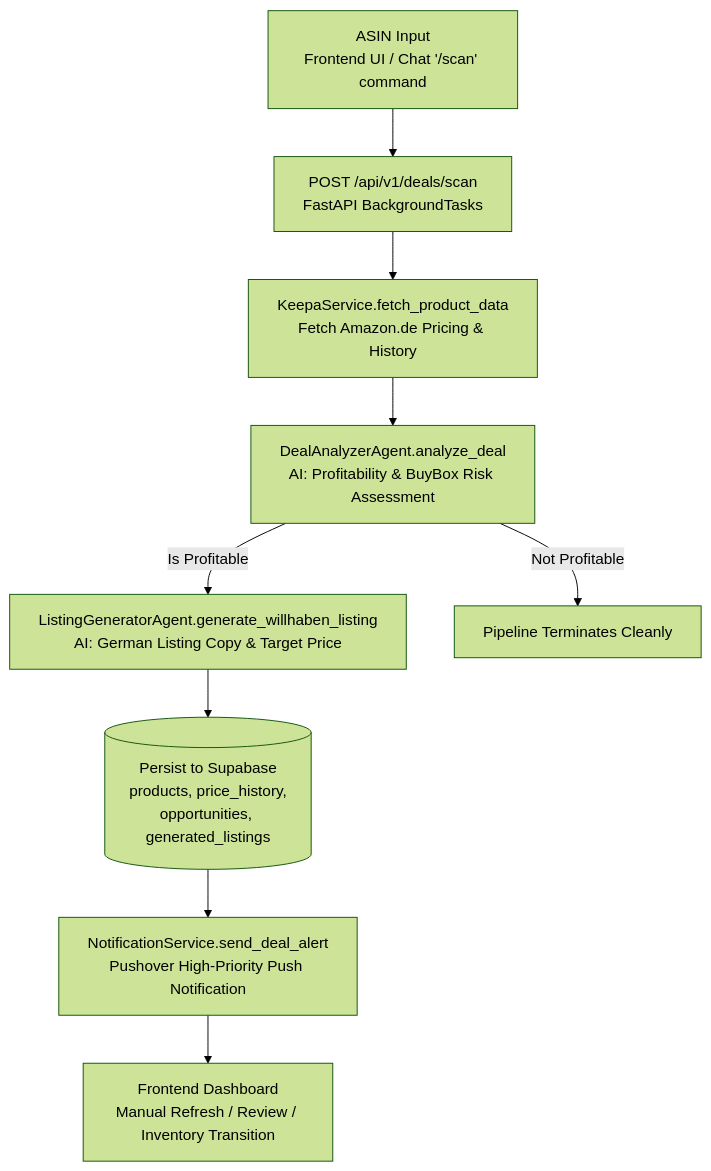
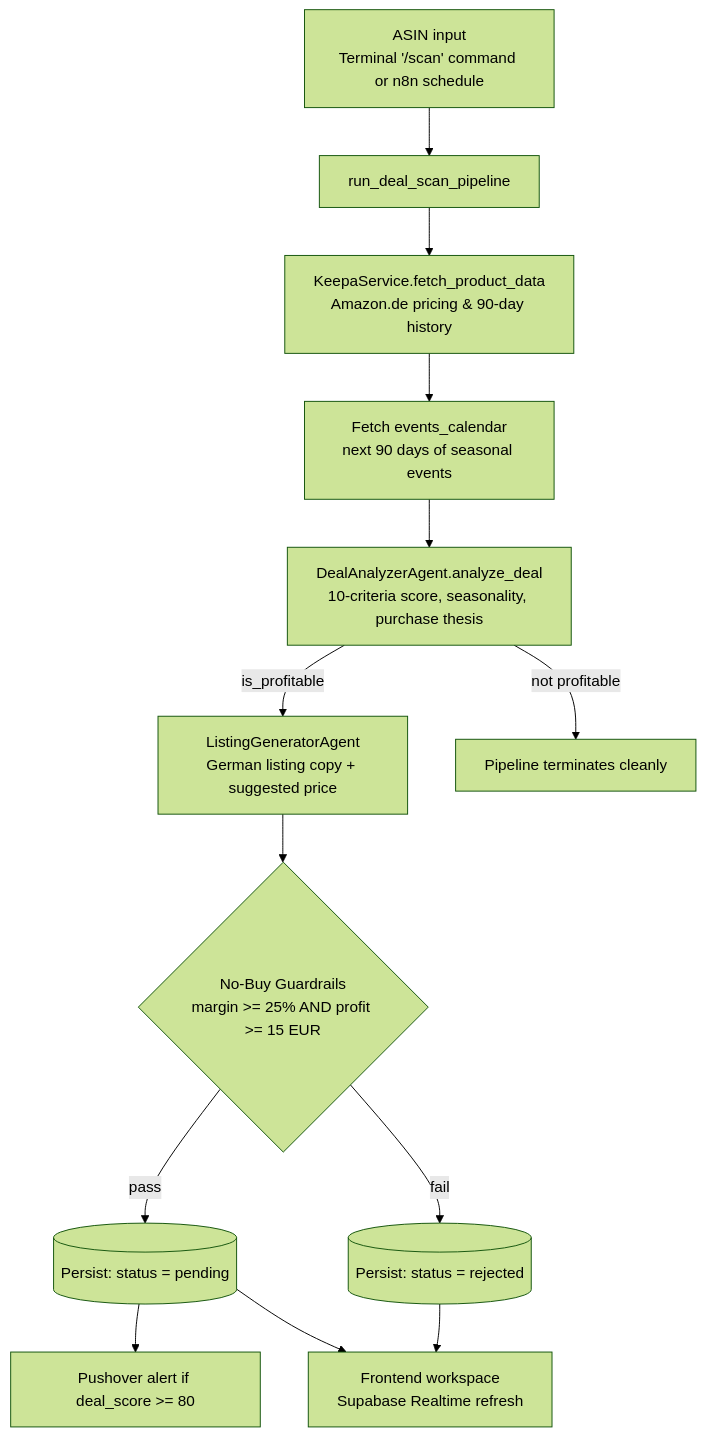
One commit to ridvanyigit/vindera-workspace changed the first of 4 diagrams in TECH-DOKUMENTATION.md. Above: the diagram before and after it, drawn with Mermaid (forest theme). The commit also changed other lines of this file and 9 other files, not shown here.

````diff
--- a/TECH-DOKUMENTATION.md
+++ b/TECH-DOKUMENTATION.md
@@ -46,11 +45,15 @@
 ```mermaid
 flowchart TD
-    A[ASIN Input<br/>Frontend UI / Chat '/scan' command] --> B[POST /api/v1/deals/scan<br/>FastAPI BackgroundTasks]
-    B --> C[KeepaService.fetch_product_data<br/>Fetch Amazon.de Pricing & History]
-    C --> D[DealAnalyzerAgent.analyze_deal<br/>AI: Profitability & BuyBox Risk Assessment]
-    D -- Is Profitable --> E[ListingGeneratorAgent.generate_willhaben_listing<br/>AI: German Listing Copy & Target Price]
-    D -- Not Profitable --> F[Pipeline Terminates Cleanly]
-    E --> G[(Persist to Supabase<br/>products, price_history,<br/>opportunities, generated_listings)]
-    G --> H[NotificationService.send_deal_alert<br/>Pushover High-Priority Push Notification]
-    H --> I[Frontend Dashboard<br/>Manual Refresh / Review / Inventory Transition]
+    A[ASIN input<br/>Terminal '/scan' command or n8n schedule] --> B[run_deal_scan_pipeline]
+    B --> C[KeepaService.fetch_product_data<br/>Amazon.de pricing & 90-day history]
+    C --> D[Fetch events_calendar<br/>next 90 days of seasonal events]
+    D --> E[DealAnalyzerAgent.analyze_deal<br/>10-criteria score, seasonality, purchase thesis]
+    E -- is_profitable --> F[ListingGeneratorAgent<br/>German listing copy + suggested price]
+    E -- not profitable --> G[Pipeline terminates cleanly]
+    F --> H{No-Buy Guardrails<br/>margin >= 25% AND profit >= 15 EUR}
+    H -- pass --> I[(Persist: status = pending)]
+    H -- fail --> J[(Persist: status = rejected)]
+    I --> K[Pushover alert if deal_score >= 80]
+    I --> L[Frontend workspace<br/>Supabase Realtime refresh]
+    J --> L
 ```
````
